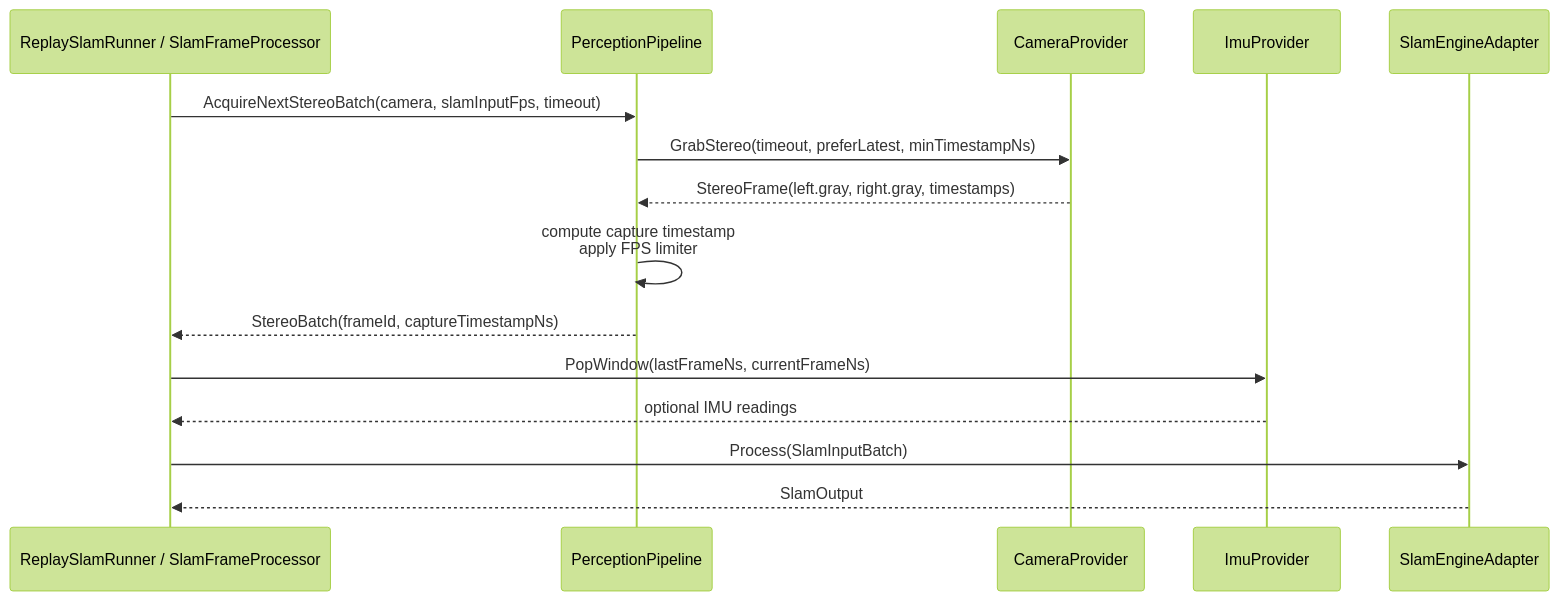
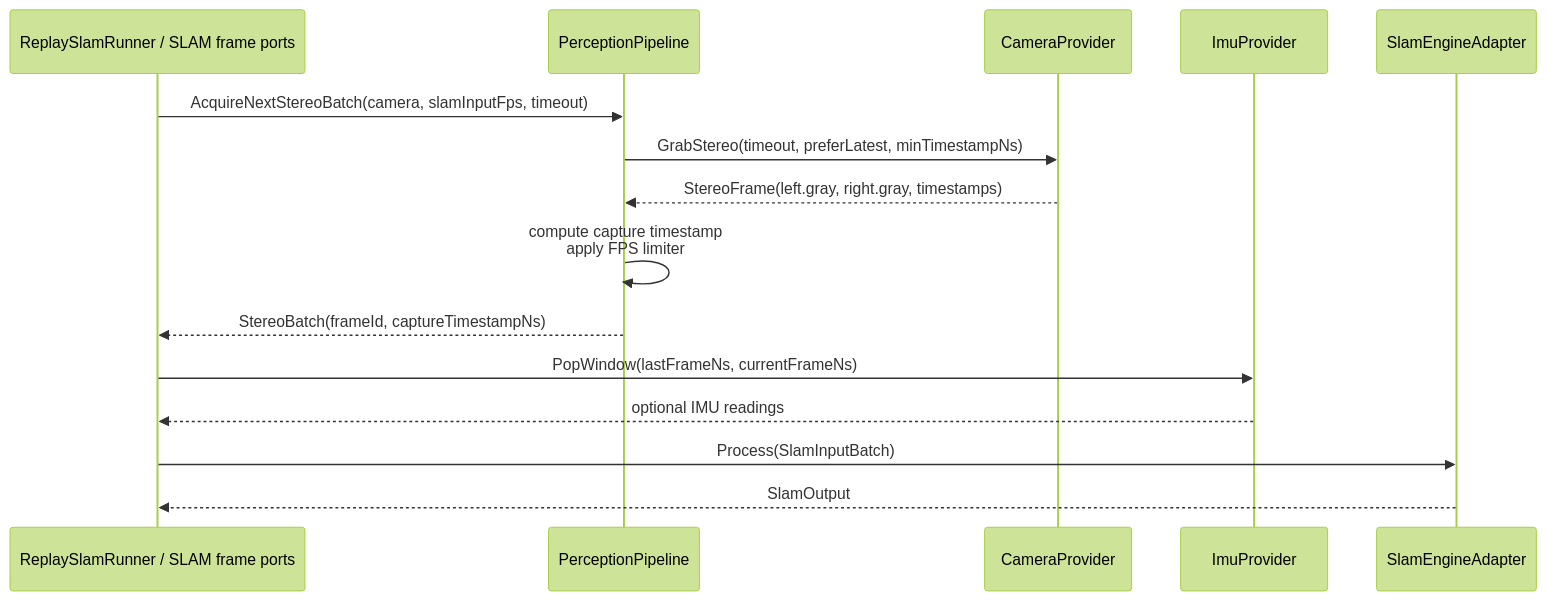
The second of 4 diagrams in docs/orb_mode_flow.md (litingzhang/SmartDrone), drawn with Mermaid (forest theme) before and after one commit. The commit also changed other lines of this file and 151 other files, not shown here.

Commit message:
refactor: evolve EPG session architecture

````diff
--- a/docs/orb_mode_flow.md
+++ b/docs/orb_mode_flow.md
@@ -65,18 +65,18 @@
 ```mermaid
 sequenceDiagram
-    participant Runner as ReplaySlamRunner / SlamFrameProcessor
+    participant Runner as ReplaySlamRunner / SLAM frame ports
     participant Pipe as PerceptionPipeline
     participant Cam as CameraProvider
     participant IMU as ImuProvider
     participant SLAM as SlamEngineAdapter
 
     Runner->>Pipe: AcquireNextStereoBatch(camera, slamInputFps, timeout)
     Pipe->>Cam: GrabStereo(timeout, preferLatest, minTimestampNs)
     Cam-->>Pipe: StereoFrame(left.gray, right.gray, timestamps)
     Pipe->>Pipe: compute capture timestamp<br/>apply FPS limiter
     Pipe-->>Runner: StereoBatch(frameId, captureTimestampNs)
     Runner->>IMU: PopWindow(lastFrameNs, currentFrameNs)
     IMU-->>Runner: optional IMU readings
     Runner->>SLAM: Process(SlamInputBatch)
     SLAM-->>Runner: SlamOutput
 ```
````
